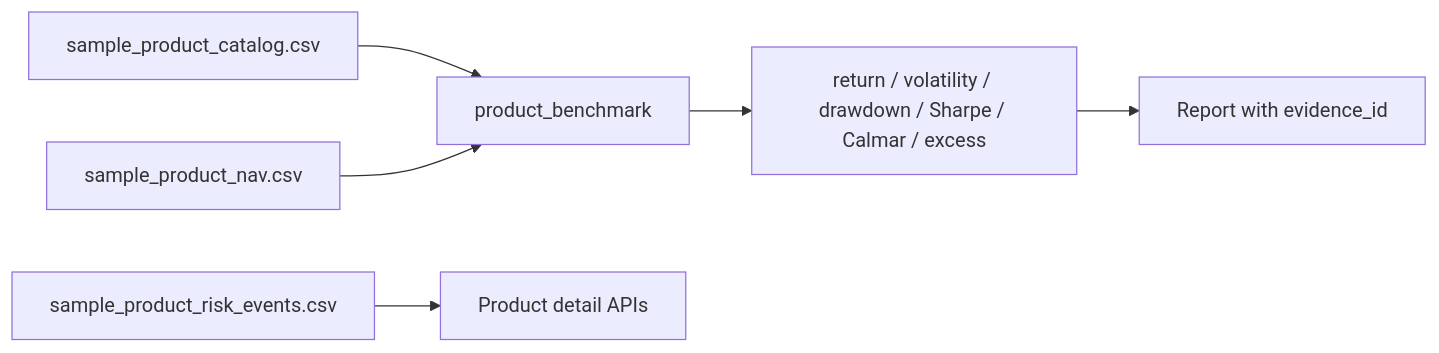
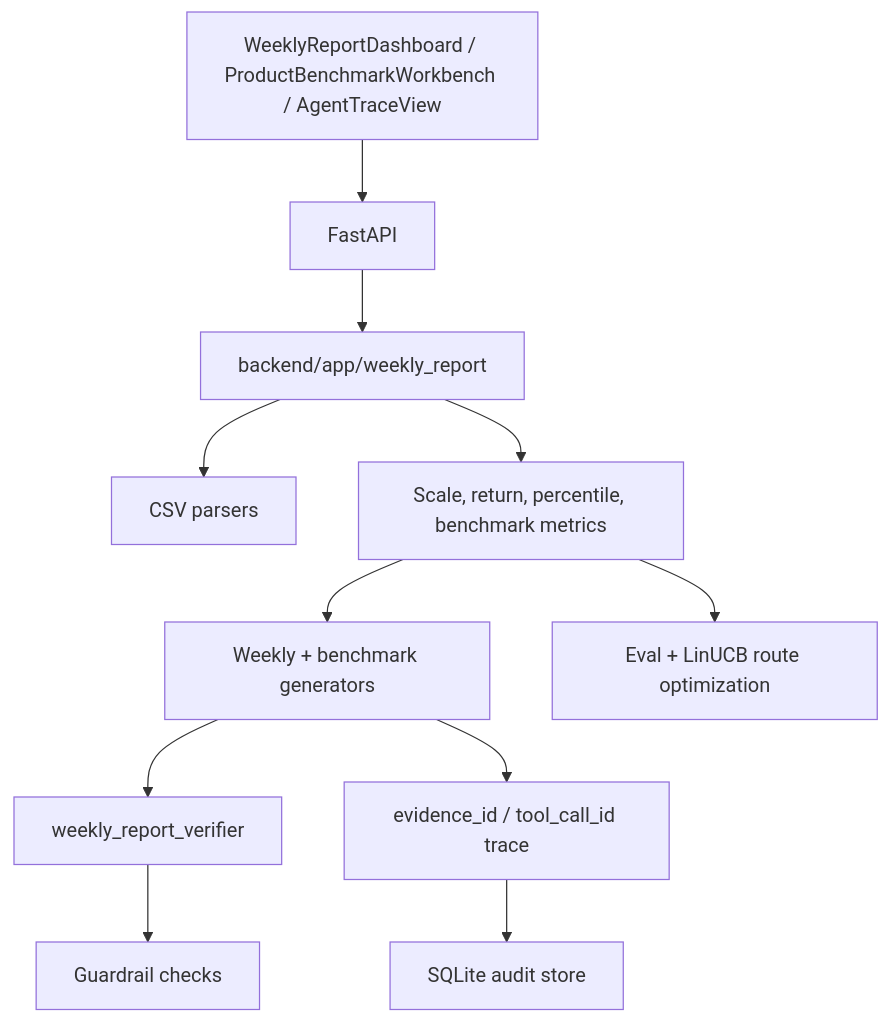
Before and after one commit to cxy-peter/Wealth-management-Agent: the diagram in docs/ARCHITECTURE.md, drawn with Mermaid. The commit also changed other lines of this file and 61 other files, not shown here.

````diff
--- a/docs/ARCHITECTURE.md
+++ b/docs/ARCHITECTURE.md
@@ -29,8 +9,13 @@
 ```mermaid
-flowchart LR
-  Catalog["sample_product_catalog.csv"] --> Tool["product_benchmark"]
-  Nav["sample_product_nav.csv"] --> Tool
-  Events["sample_product_risk_events.csv"] --> API["Product detail APIs"]
-  Tool --> Metrics["return / volatility / drawdown / Sharpe / Calmar / excess"]
-  Metrics --> Report["Report with evidence_id"]
+flowchart TD
+  Frontend["WeeklyReportDashboard / ProductBenchmarkWorkbench / AgentTraceView"] --> API["FastAPI"]
+  API --> Weekly["backend/app/weekly_report"]
+  Weekly --> Parsers["CSV parsers"]
+  Weekly --> Metrics["Scale, return, percentile, benchmark metrics"]
+  Metrics --> Generators["Weekly + benchmark generators"]
+  Generators --> Verifier["weekly_report_verifier"]
+  Verifier --> Guardrail["Guardrail checks"]
+  Generators --> Trace["evidence_id / tool_call_id trace"]
+  Trace --> Storage["SQLite audit store"]
+  Metrics --> Eval["Eval + LinUCB route optimization"]
 ```
````
